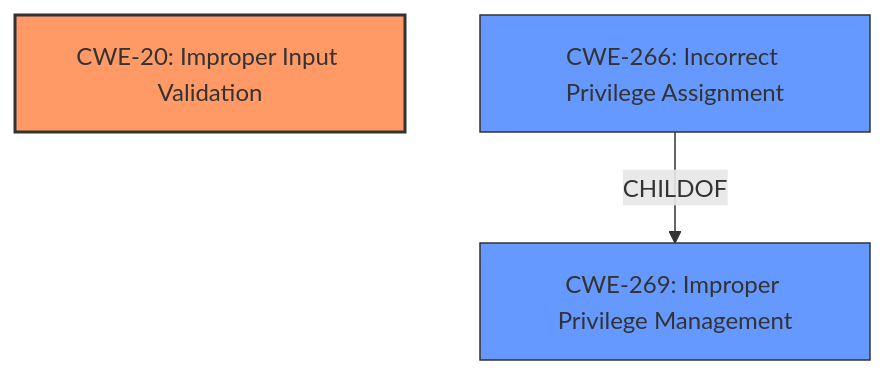
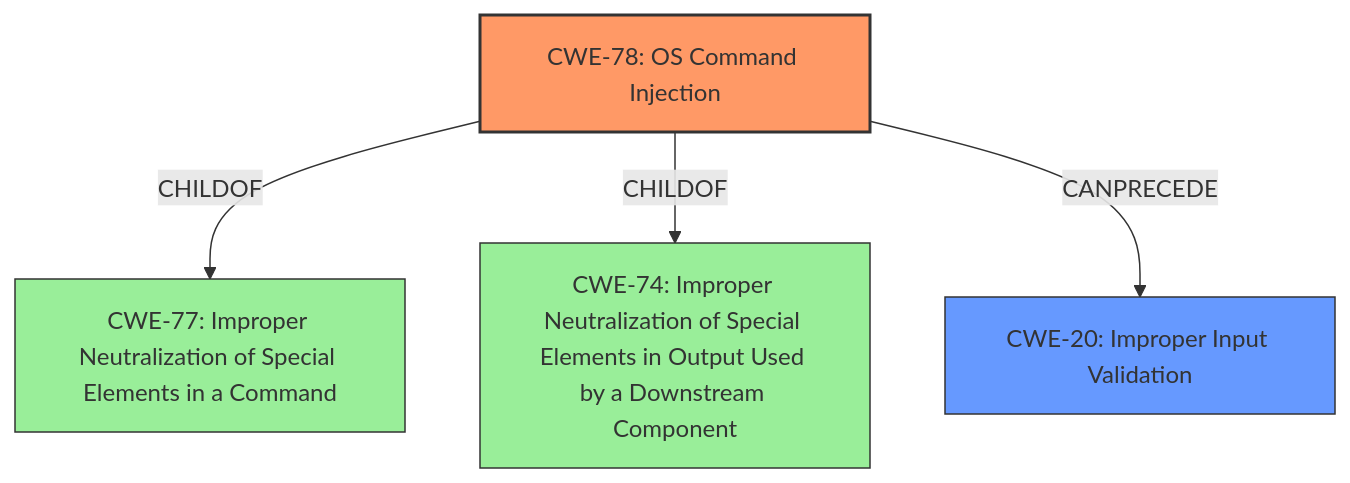
One commit to CyberSecAI/cwe_agent_assign_reports_2023 changed the diagram in CVE-2021-21972/CVE-2021-21972_analysis.md. Above: the diagram before and after it, drawn with Mermaid. The commit also changed other lines of this file and 902 other files, not shown here.

````diff
--- a/CVE-2021-21972/CVE-2021-21972_analysis.md
+++ b/CVE-2021-21972/CVE-2021-21972_analysis.md
@@ -17,12 +17,18 @@
 ```mermaid
 graph TD
+    cwe78["CWE-78: OS Command Injection"]
+    cwe77["CWE-77: Improper Neutralization of Special Elements in a Command"]
+    cwe74["CWE-74: Improper Neutralization of Special Elements in Output Used by a Downstream Component"]
     cwe20["CWE-20: Improper Input Validation"]
-    cwe266["CWE-266: Incorrect Privilege Assignment"]
-    cwe269["CWE-269: Improper Privilege Management"]
 
-    cwe266 -->|CHILDOF| cwe269
+    cwe78 -->|CHILDOF| cwe77
+    cwe78 -->|CHILDOF| cwe74
+    cwe78 -->|CANPRECEDE| cwe20
+    
     classDef primary fill:#f96,stroke:#333,stroke-width:2px
     classDef secondary fill:#69f,stroke:#333
-    class cwe20 primary
-    class cwe266,cwe269 secondary
+    classDef tertiary fill:#9e9,stroke:#333
+    class cwe78 primary
+    class cwe20 secondary
+    class cwe77,cwe74 tertiary
 ```
````
